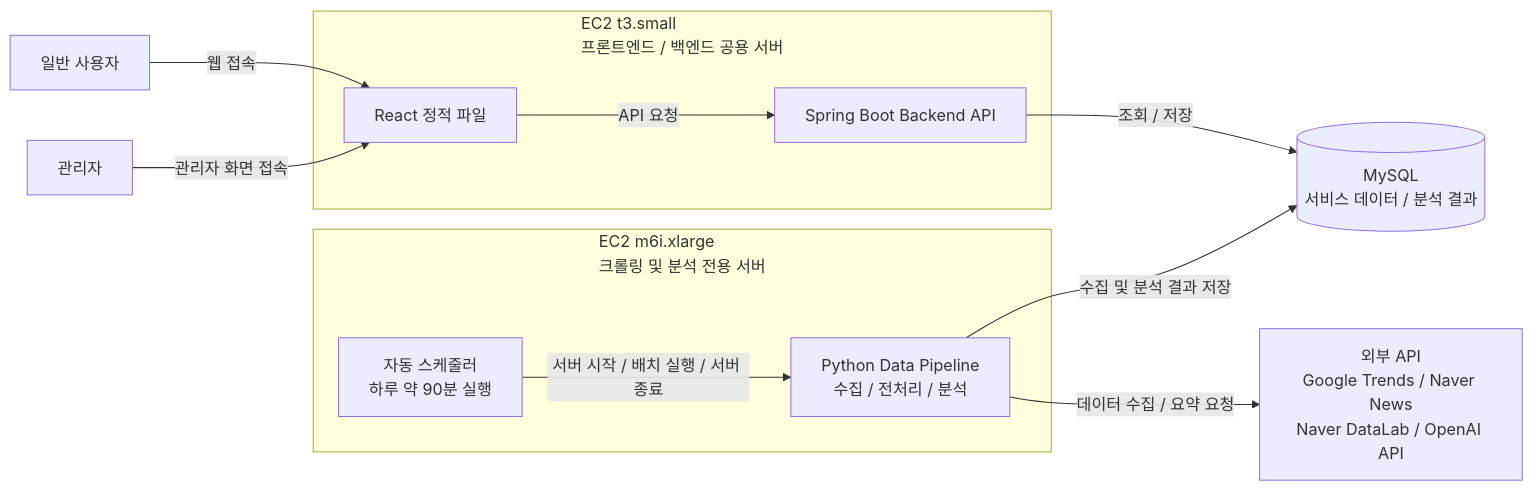
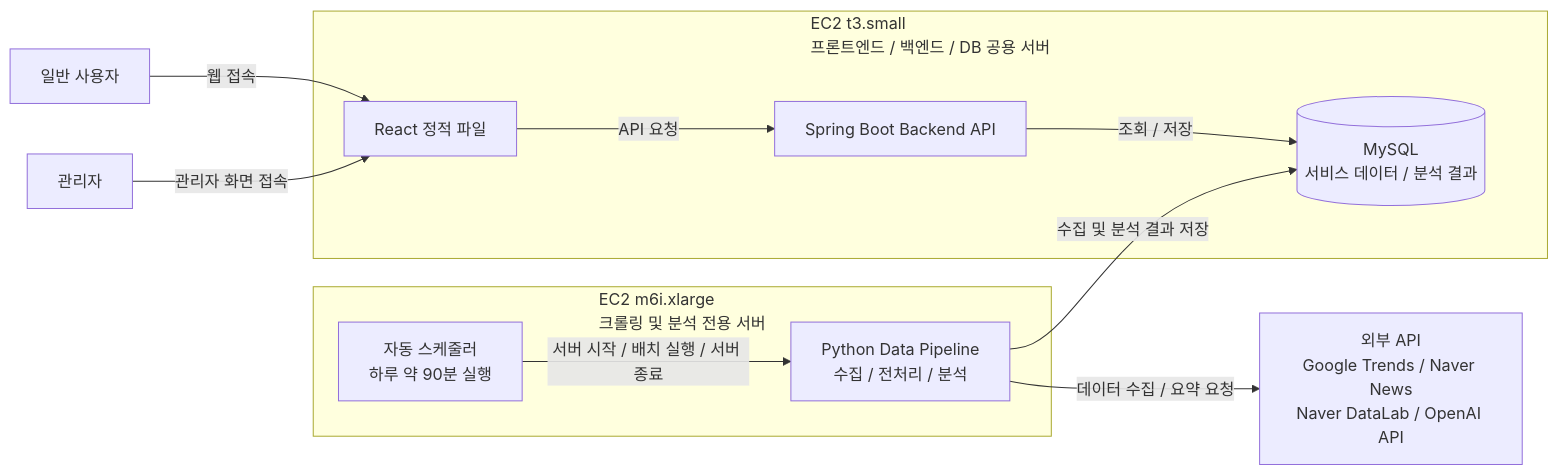
The sixth of 8 diagrams in docs/architecture-draft.md (sssat/graduation-project), drawn with Mermaid before and after one commit. The commit also changed other lines of this file, not shown here.

Commit message:
아키텍처 설계서 수정

````diff
--- a/docs/architecture-draft.md
+++ b/docs/architecture-draft.md
@@ -233,27 +233,27 @@
 ```mermaid
 flowchart LR
   User["일반 사용자"]
   Admin["관리자"]
 
-  subgraph AppServer["EC2 t3.small<br/>프론트엔드 / 백엔드 공용 서버"]
+  subgraph AppServer["EC2 t3.small<br/>프론트엔드 / 백엔드 / DB 공용 서버"]
     Web["React 정적 파일"]
     Api["Spring Boot Backend API"]
+    DB[("MySQL<br/>서비스 데이터 / 분석 결과")]
   end
 
   subgraph BatchServer["EC2 m6i.xlarge<br/>크롤링 및 분석 전용 서버"]
     Scheduler["자동 스케줄러<br/>하루 약 90분 실행"]
     Pipeline["Python Data Pipeline<br/>수집 / 전처리 / 분석"]
   end
 
-  DB[("MySQL<br/>서비스 데이터 / 분석 결과")]
   External["외부 API<br/>Google Trends / Naver News<br/>Naver DataLab / OpenAI API"]
 
   User -->|"웹 접속"| Web
   Admin -->|"관리자 화면 접속"| Web
   Web -->|"API 요청"| Api
   Api -->|"조회 / 저장"| DB
 
   Scheduler -->|"서버 시작 / 배치 실행 / 서버 종료"| Pipeline
   Pipeline -->|"데이터 수집 / 요약 요청"| External
   Pipeline -->|"수집 및 분석 결과 저장"| DB
 ```
````
